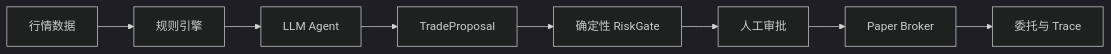
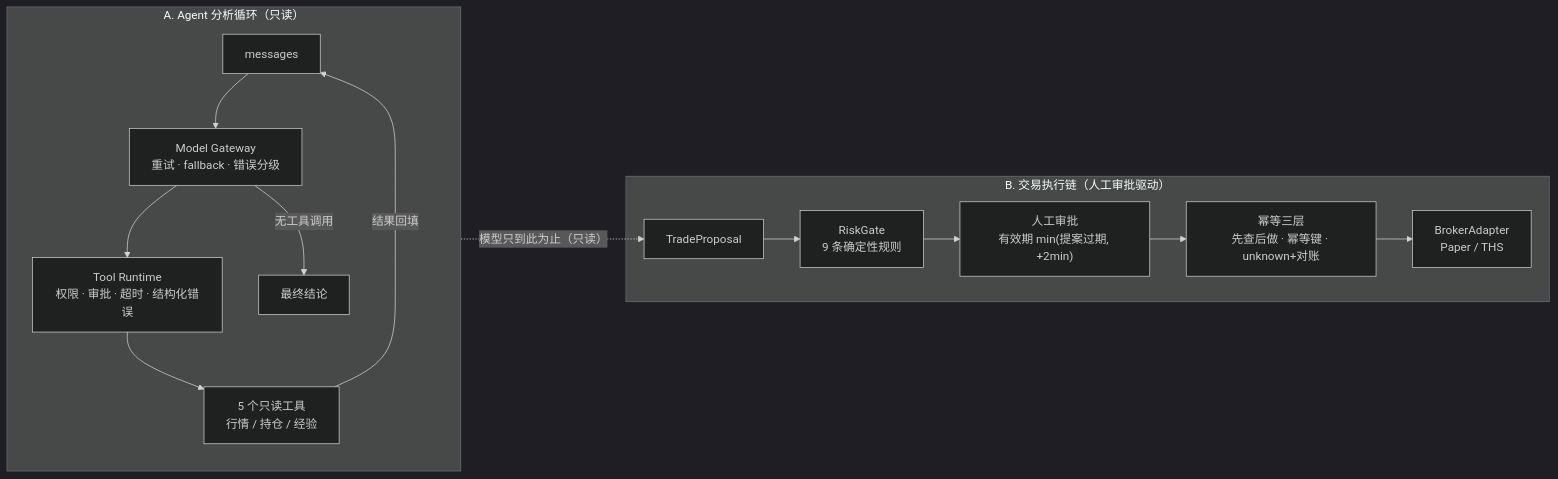
Before and after one commit to happiness-cheng/ai-trader: the diagram in README.md, drawn with Mermaid (dark theme). The commit also changed other lines of this file and 3 other files, not shown here.

````diff
--- a/README.md
+++ b/README.md
@@ -14,10 +29,17 @@
 ```mermaid
 flowchart LR
-    DATA["行情数据"] --> RULE["规则引擎"]
-    RULE --> AGENT["LLM Agent"]
-    AGENT --> PROPOSAL["TradeProposal"]
-    PROPOSAL --> RISK["确定性 RiskGate"]
-    RISK --> APPROVAL["人工审批"]
-    APPROVAL --> PAPER["Paper Broker"]
-    PAPER --> TRACE["委托与 Trace"]
+    subgraph A["A. Agent 分析循环（只读）"]
+        MSG["messages"] --> GW["Model Gateway<br/>重试 · fallback · 错误分级"]
+        GW --> RT["Tool Runtime<br/>权限 · 审批 · 超时 · 结构化错误"]
+        RT --> TOOLS["5 个只读工具<br/>行情 / 持仓 / 经验"]
+        TOOLS -->|结果回填| MSG
+        GW -->|无工具调用| OUT["最终结论"]
+    end
+    subgraph B["B. 交易执行链（人工审批驱动）"]
+        P["TradeProposal"] --> RISK["RiskGate<br/>9 条确定性规则"]
+        RISK --> APP["人工审批<br/>有效期 min(提案过期, +2min)"]
+        APP --> IDEM["幂等三层<br/>先查后做 · 幂等键 · unknown+对账"]
+        IDEM --> BROKER["BrokerAdapter<br/>Paper / THS"]
+    end
+    A -.->|"模型只到此为止（只读）"| P
 ```
````
